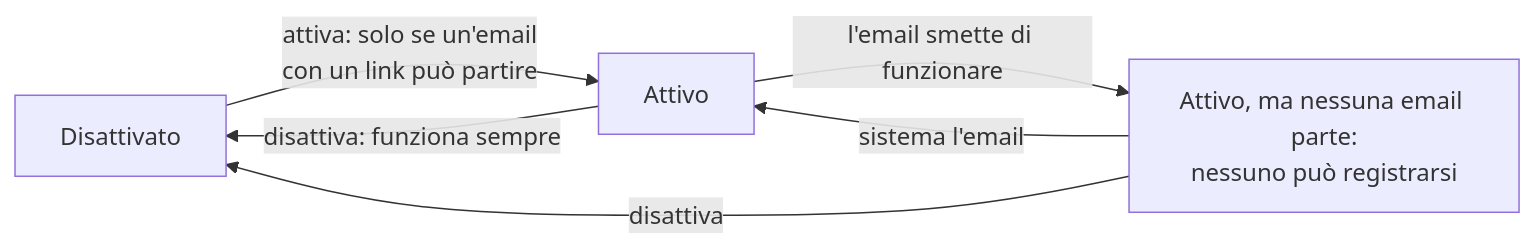
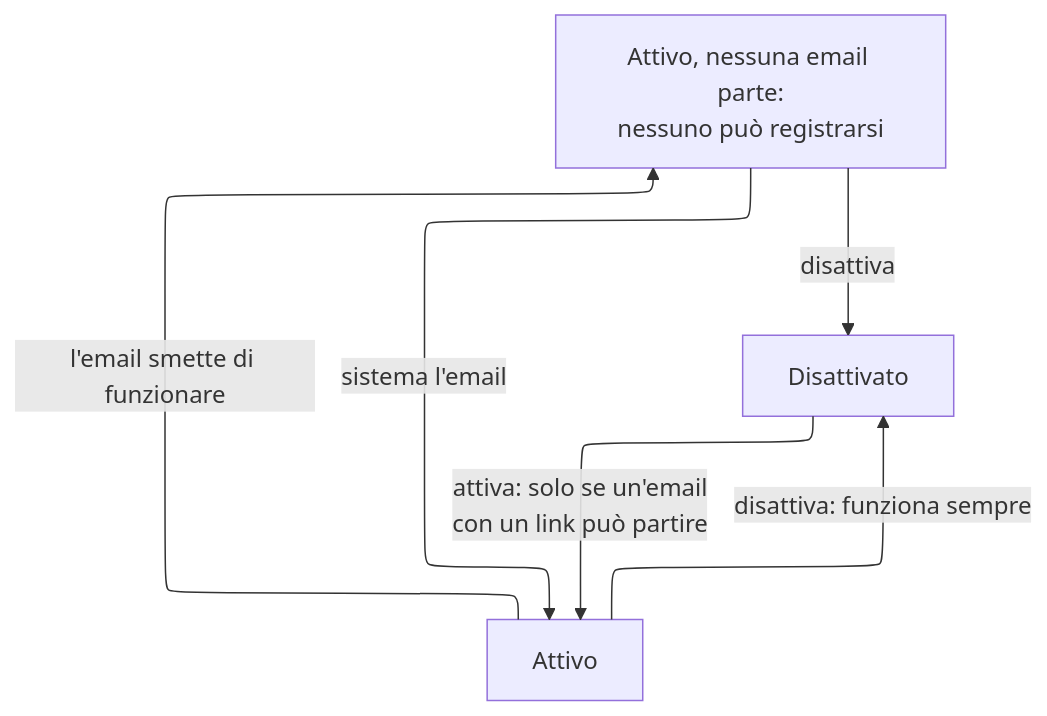
Before and after one commit to Librefolio/LibreFolio: diagram 15 of 18 in mkdocs_src/docs/admin/email_flows.it.md, drawn with Mermaid. The commit also changed other lines of this file, not shown here.

Commit message:
docs(admin): email flows diagrams small and separate, ELK where it reads better (it)

````diff
--- a/mkdocs_src/docs/admin/email_flows.it.md
+++ b/mkdocs_src/docs/admin/email_flows.it.md
@@ -391,8 +495,12 @@
 ```mermaid
-flowchart LR
+---
+config:
+  layout: elk
+---
+flowchart TD
     OFF["Disattivato"] -->|"attiva: solo se un'email<br>con un link può partire"| ON["Attivo"]
     ON -->|"disattiva: funziona sempre"| OFF
-    ON -->|"l'email smette di funzionare"| BROKEN["Attivo, ma nessuna email parte:<br>nessuno può registrarsi"]
+    ON -->|"l'email smette di funzionare"| BROKEN["Attivo, nessuna email parte:<br>nessuno può registrarsi"]
     BROKEN -->|"sistema l'email"| ON
     BROKEN -->|"disattiva"| OFF
 ```
````
